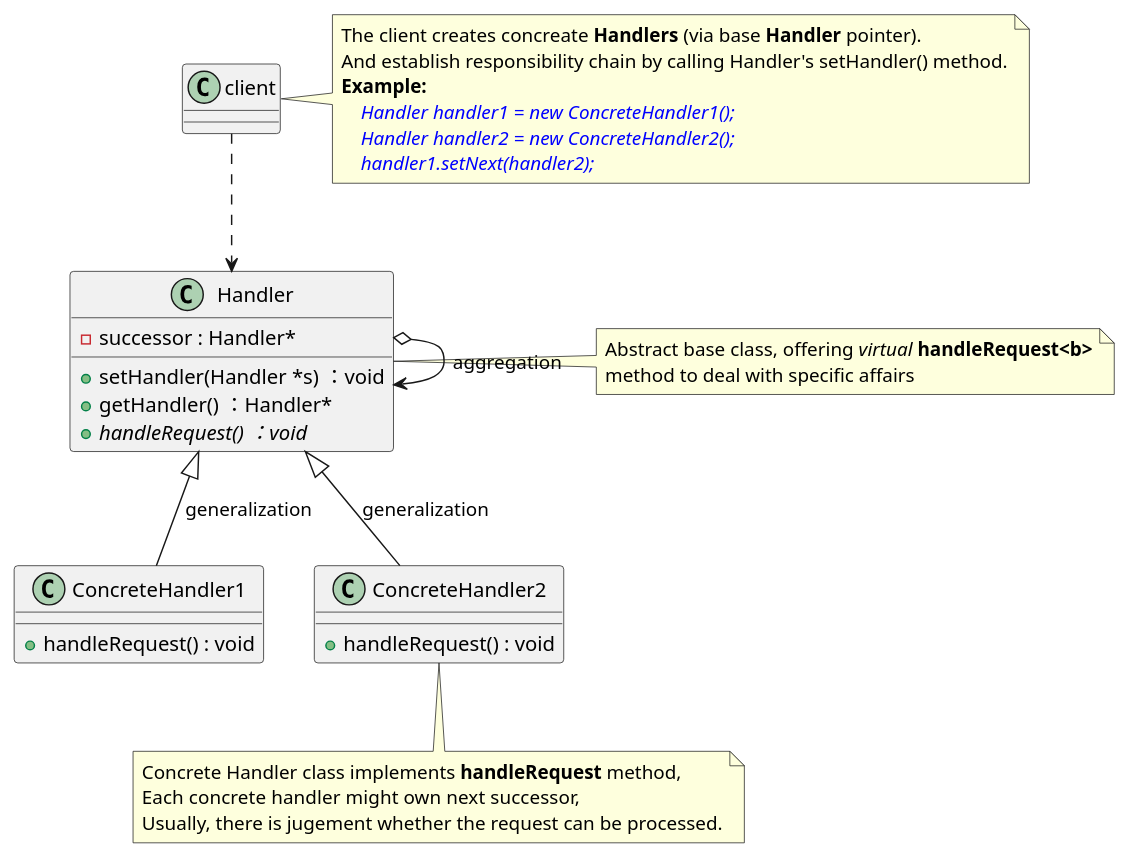
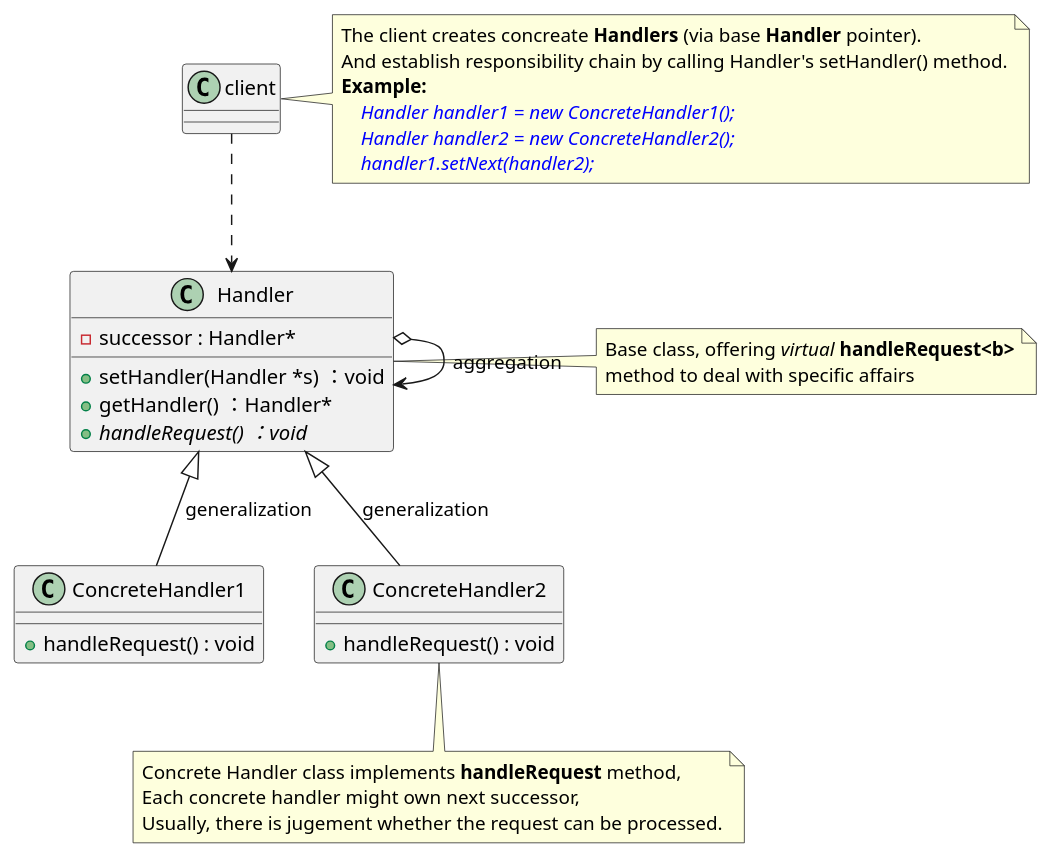
Before and after one commit to flyingman1991/design-patterns-cpp: the diagram in chain-of-responsibility/ChainRespond.puml, drawn with PlantUML. The commit also changed 1 other file, not shown here.

```diff
--- a/chain-of-responsibility/ChainRespond.puml
+++ b/chain-of-responsibility/ChainRespond.puml
@@ -1,45 +1,45 @@
 @startuml ChainResposibilityDiagram
 
 class Handler {
     - successor : Handler*
     + setHandler(Handler *s) ：void
     + getHandler() ：Handler*
     + {abstract} handleRequest() ：void
 }
 
 Handler o--> Handler : aggregation
 
 class ConcreteHandler1 {
     + handleRequest() : void
 }
 
 
 class ConcreteHandler2 {
     + handleRequest() : void
 }
 
 ConcreteHandler1 -up-|> Handler : generalization
 ConcreteHandler2 -up-|> Handler : generalization
 client ..> Handler
 
 note right of client
     The client creates concreate <b>Handlers</b> (via base <b>Handler</b> pointer).
     And establish responsibility chain by calling Handler's setHandler() method.
     <b>Example<b>:
         <font color="blue"><i>Handler handler1 = new ConcreteHandler1();</i></font>
         <font color="blue"><i>Handler handler2 = new ConcreteHandler2();</i></font>
         <font color="blue"><i>handler1.setNext(handler2);</i></font>
 end note
 
 note right of Handler
-    Abstract base class, offering <i>virtual</i> <b>handleRequest<b>
+    Base class, offering <i>virtual</i> <b>handleRequest<b>
     method to deal with specific affairs
 end note
 
 note bottom of ConcreteHandler2
     Concrete Handler class implements <b>handleRequest</b> method,
     Each concrete handler might own next successor,
     Usually, there is jugement whether the request can be processed.
 end note
 
 @enduml
```
